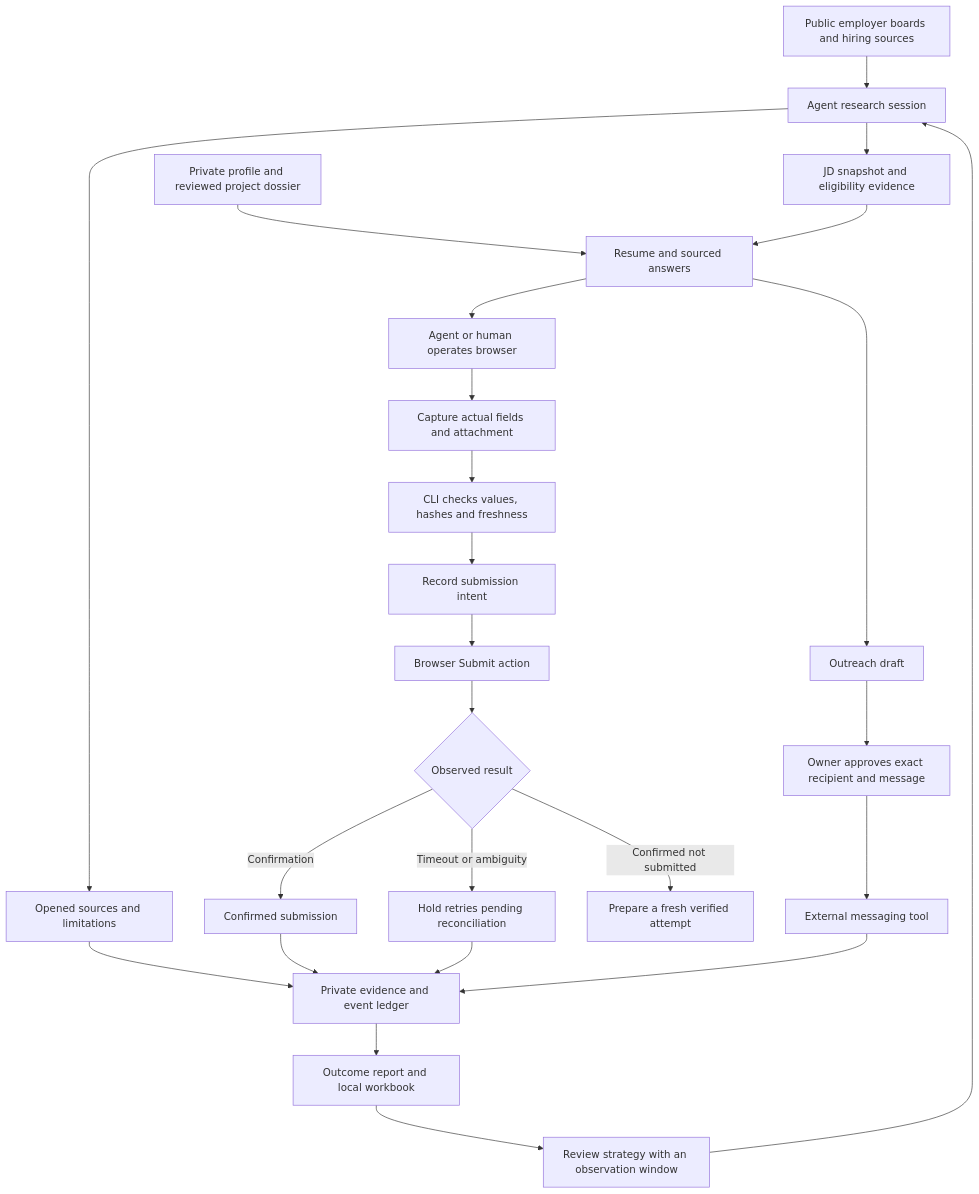
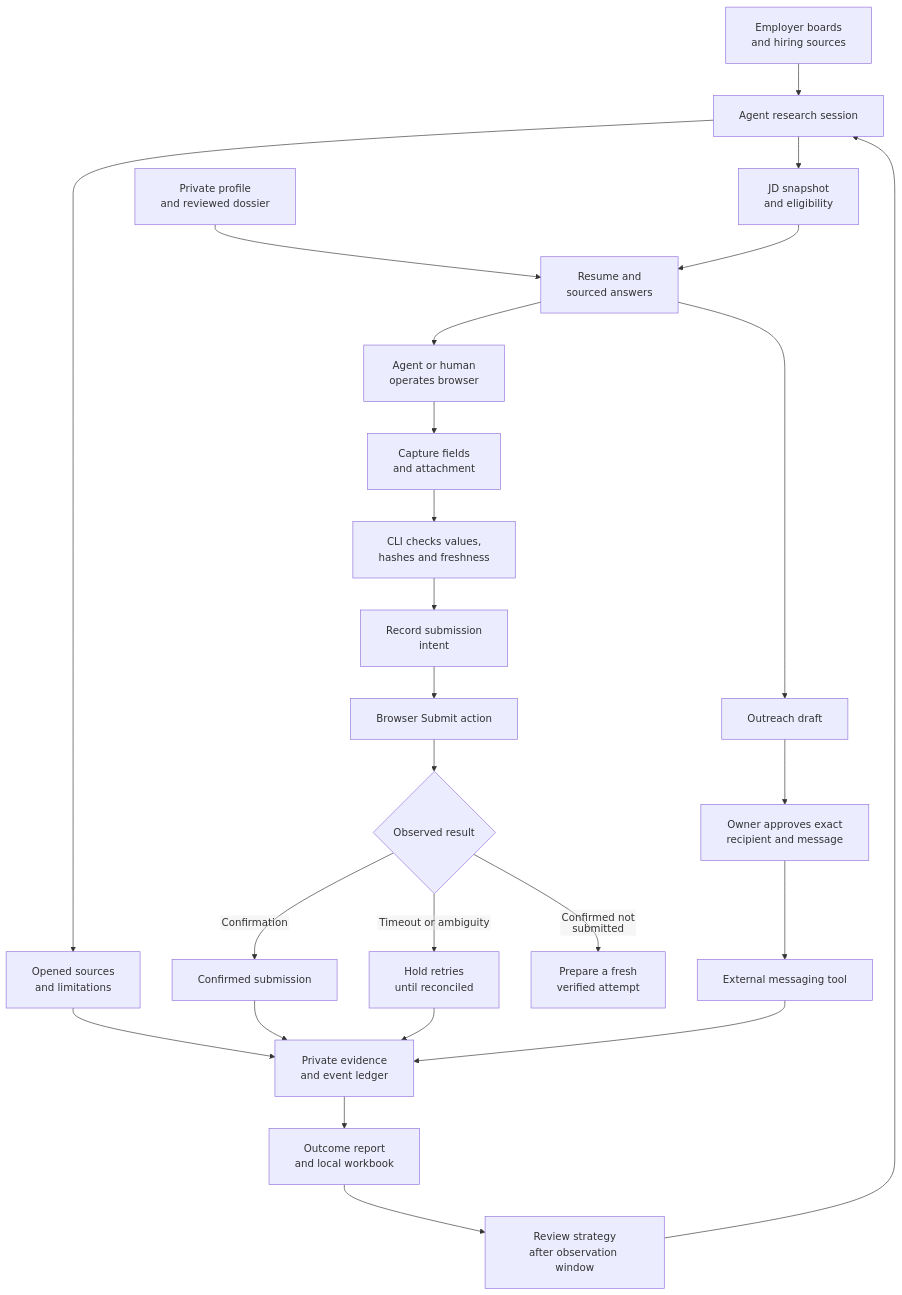
Before and after one commit to debsagar/job-search-system: the diagram in README.md, drawn with Mermaid.

Commit message:
Prevent architecture labels from clipping

````diff
--- a/README.md
+++ b/README.md
@@ -11,27 +11,28 @@
 ```mermaid
+%%{init: {"flowchart": {"htmlLabels": false, "padding": 20}}}%%
 flowchart TD
-    Public[Public employer boards and hiring sources] --> Research[Agent research session]
-    Research --> Sources[Opened sources and limitations]
-    Research --> Packet[JD snapshot and eligibility evidence]
-    Profile[Private profile and reviewed project dossier] --> Prepare[Resume and sourced answers]
+    Public["Employer boards<br/>and hiring sources"] --> Research[Agent research session]
+    Research --> Sources["Opened sources<br/>and limitations"]
+    Research --> Packet["JD snapshot<br/>and eligibility"]
+    Profile["Private profile<br/>and reviewed dossier"] --> Prepare["Resume and<br/>sourced answers"]
     Packet --> Prepare
-    Prepare --> Browser[Agent or human operates browser]
-    Browser --> Readback[Capture actual fields and attachment]
-    Readback --> Verify[CLI checks values, hashes and freshness]
-    Verify --> Intent[Record submission intent]
+    Prepare --> Browser["Agent or human<br/>operates browser"]
+    Browser --> Readback["Capture fields<br/>and attachment"]
+    Readback --> Verify["CLI checks values,<br/>hashes and freshness"]
+    Verify --> Intent["Record submission<br/>intent"]
     Intent --> Click[Browser Submit action]
     Click --> Receipt{Observed result}
     Receipt -->|Confirmation| Submitted[Confirmed submission]
-    Receipt -->|Timeout or ambiguity| Hold[Hold retries pending reconciliation]
-    Receipt -->|Confirmed not submitted| Retry[Prepare a fresh verified attempt]
-    Sources --> Ledger[Private evidence and event ledger]
+    Receipt -->|Timeout or ambiguity| Hold["Hold retries<br/>until reconciled"]
+    Receipt -->|Confirmed not submitted| Retry["Prepare a fresh<br/>verified attempt"]
+    Sources --> Ledger["Private evidence<br/>and event ledger"]
     Submitted --> Ledger
     Hold --> Ledger
-    Ledger --> Report[Outcome report and local workbook]
-    Report --> Review[Review strategy with an observation window]
+    Ledger --> Report["Outcome report<br/>and local workbook"]
+    Report --> Review["Review strategy<br/>after observation window"]
     Review --> Research
     Prepare --> Draft[Outreach draft]
-    Draft --> Approval[Owner approves exact recipient and message]
+    Draft --> Approval["Owner approves exact<br/>recipient and message"]
     Approval --> Send[External messaging tool]
     Send --> Ledger
 ```
````
